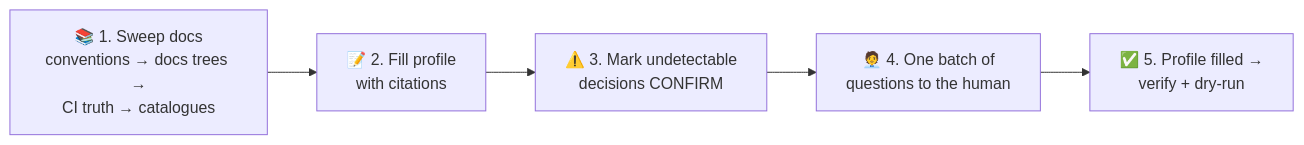
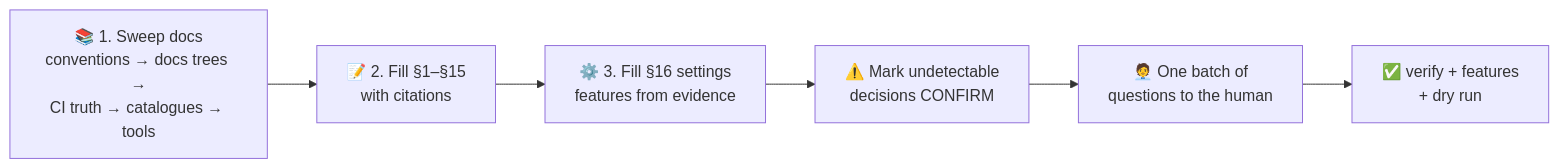
Before and after one commit to geopjinfo/builder-pipeline: the diagram in DISCOVERY.md, drawn with Mermaid. The commit also changed other lines of this file and 58 other files, not shown here.

````diff
--- a/DISCOVERY.md
+++ b/DISCOVERY.md
@@ -9,7 +9,8 @@
 ```mermaid
 flowchart LR
-    SWEEP["📚 1. Sweep docs<br/>conventions → docs trees →<br/>CI truth → catalogues"] --> FILL["📝 2. Fill profile<br/>with citations"]
-    FILL --> MARK["⚠️ 3. Mark undetectable<br/>decisions CONFIRM"]
-    MARK --> ASK["🧑‍💼 4. One batch of<br/>questions to the human"]
-    ASK --> DONE["✅ 5. Profile filled →<br/>verify + dry-run"]
+    SWEEP["📚 1. Sweep docs<br/>conventions → docs trees →<br/>CI truth → catalogues → tools"] --> FILL["📝 2. Fill §1–§15<br/>with citations"]
+    FILL --> SET["⚙️ 3. Fill §16 settings<br/>features from evidence"]
+    SET --> MARK["⚠️ Mark undetectable<br/>decisions CONFIRM"]
+    MARK --> ASK["🧑‍💼 One batch of<br/>questions to the human"]
+    ASK --> DONE["✅ verify + features<br/>+ dry run"]
 ```
````
